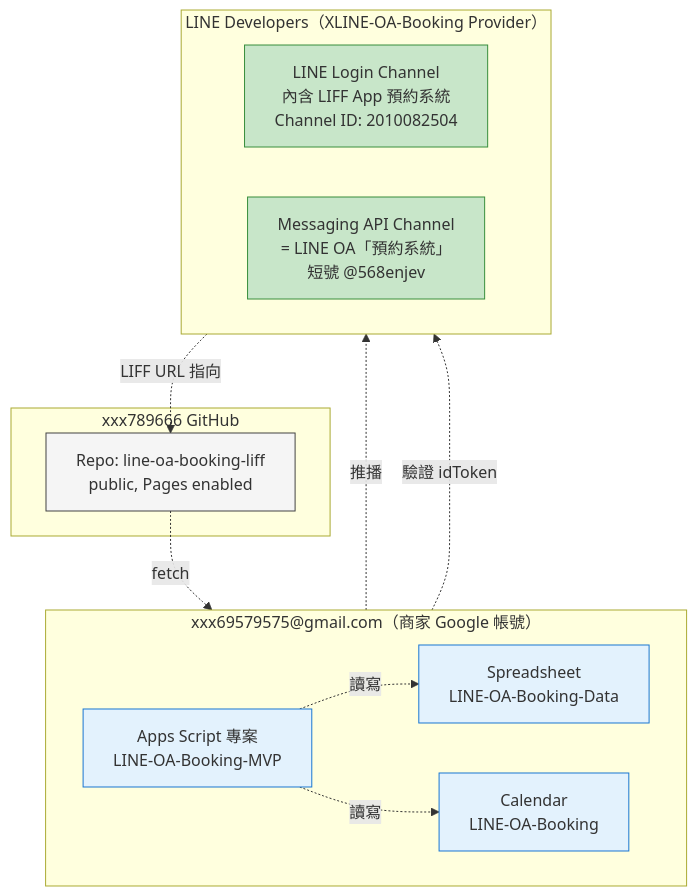
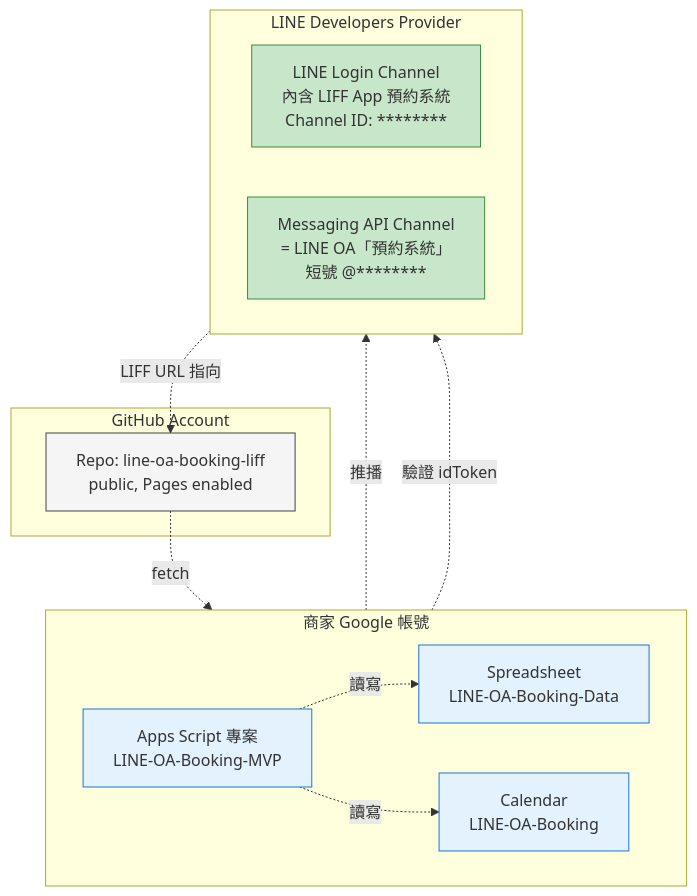
Before and after one commit to xxx789666/line-oa-booking-mvp: diagram 12 of 12 in docs/system-flows.md, drawn with Mermaid. The commit also changed 1 other file, not shown here.

Commit message:
chore: mask sensitive identifiers in docs before push
- 任務.txt: strip fbclid tracking param from tinybook URL
- docs/system-flows.md: mask Gmail address, Channel ID, OA short ID
  (these are low-sensitivity but should not be in a public repo)

Verified via `git log -p` that no real secrets (Channel Secret,
Messaging Token, Spreadsheet ID, Calendar ID, Deployment ID, Script ID)
ever entered git history at any commit. They live only in:
  - GAS Script Properties (server-only)
  - .clasp.json (gitignored)
  - This session's chat history (not committed)

````diff
--- a/docs/system-flows.md
+++ b/docs/system-flows.md
@@ -387,33 +387,33 @@
 ```mermaid
 flowchart TB
-  subgraph Google ["xxx69579575@gmail.com（商家 Google 帳號）"]
+  subgraph Google ["商家 Google 帳號"]
     direction LR
     GAS_P["Apps Script 專案<br/>LINE-OA-Booking-MVP"]
     SS["Spreadsheet<br/>LINE-OA-Booking-Data"]
     CAL["Calendar<br/>LINE-OA-Booking"]
   end
 
-  subgraph LINE ["LINE Developers（XLINE-OA-Booking Provider）"]
+  subgraph LINE ["LINE Developers Provider"]
     direction LR
-    LOGIN["LINE Login Channel<br/>內含 LIFF App 預約系統<br/>Channel ID: 2010082504"]
-    MSG["Messaging API Channel<br/>= LINE OA「預約系統」<br/>短號 @568enjev"]
+    LOGIN["LINE Login Channel<br/>內含 LIFF App 預約系統<br/>Channel ID: ********"]
+    MSG["Messaging API Channel<br/>= LINE OA「預約系統」<br/>短號 @********"]
   end
 
-  subgraph GitHub ["xxx789666 GitHub"]
+  subgraph GitHub ["GitHub Account"]
     REPO["Repo: line-oa-booking-liff<br/>public, Pages enabled"]
   end
 
   GAS_P -.讀寫.-> SS
   GAS_P -.讀寫.-> CAL
   GAS_P -.推播.-> MSG
   GAS_P -.驗證 idToken.-> LOGIN
   LOGIN -.LIFF URL 指向.-> REPO
   REPO -.fetch.-> GAS_P
 
   classDef google fill:#e3f2fd,stroke:#1976d2
   classDef line fill:#c8e6c9,stroke:#388e3c
   classDef github fill:#f5f5f5,stroke:#424242
   class GAS_P,SS,CAL google
   class LOGIN,MSG line
   class REPO github
 ```
````
